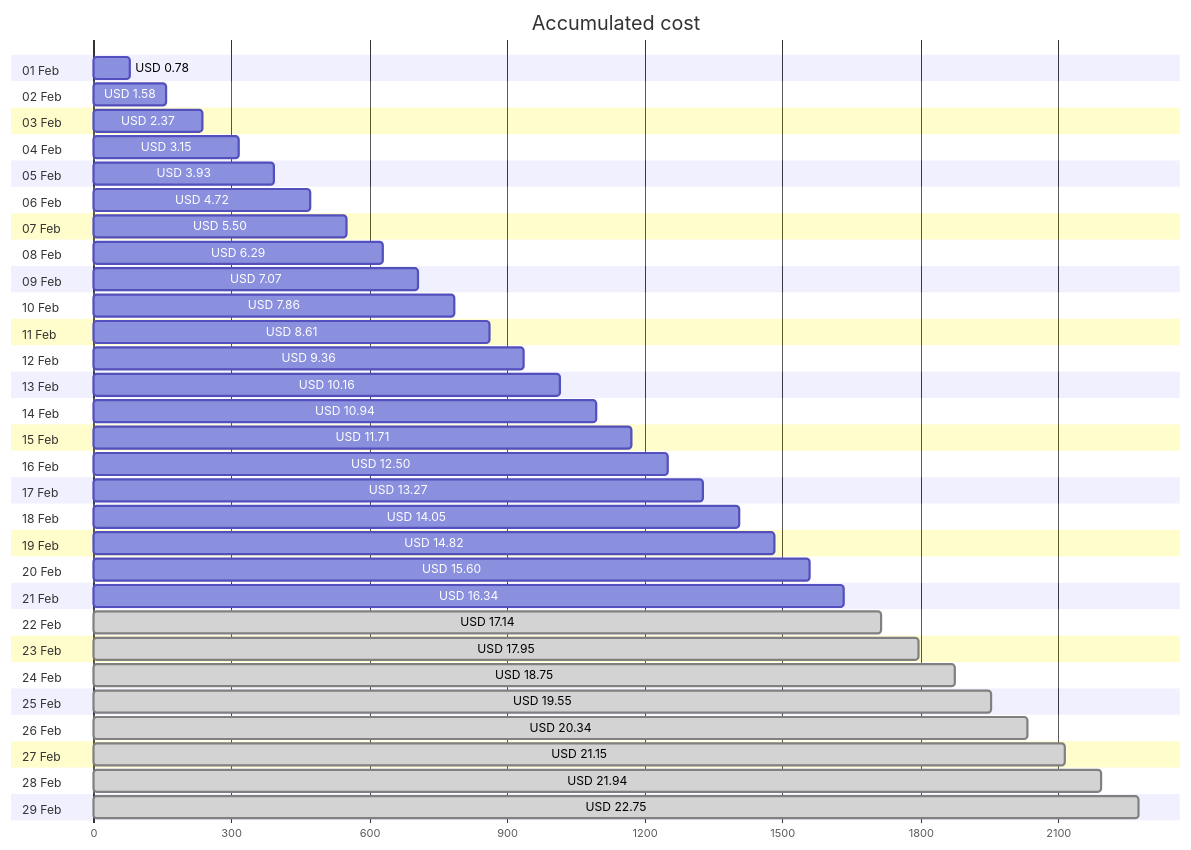
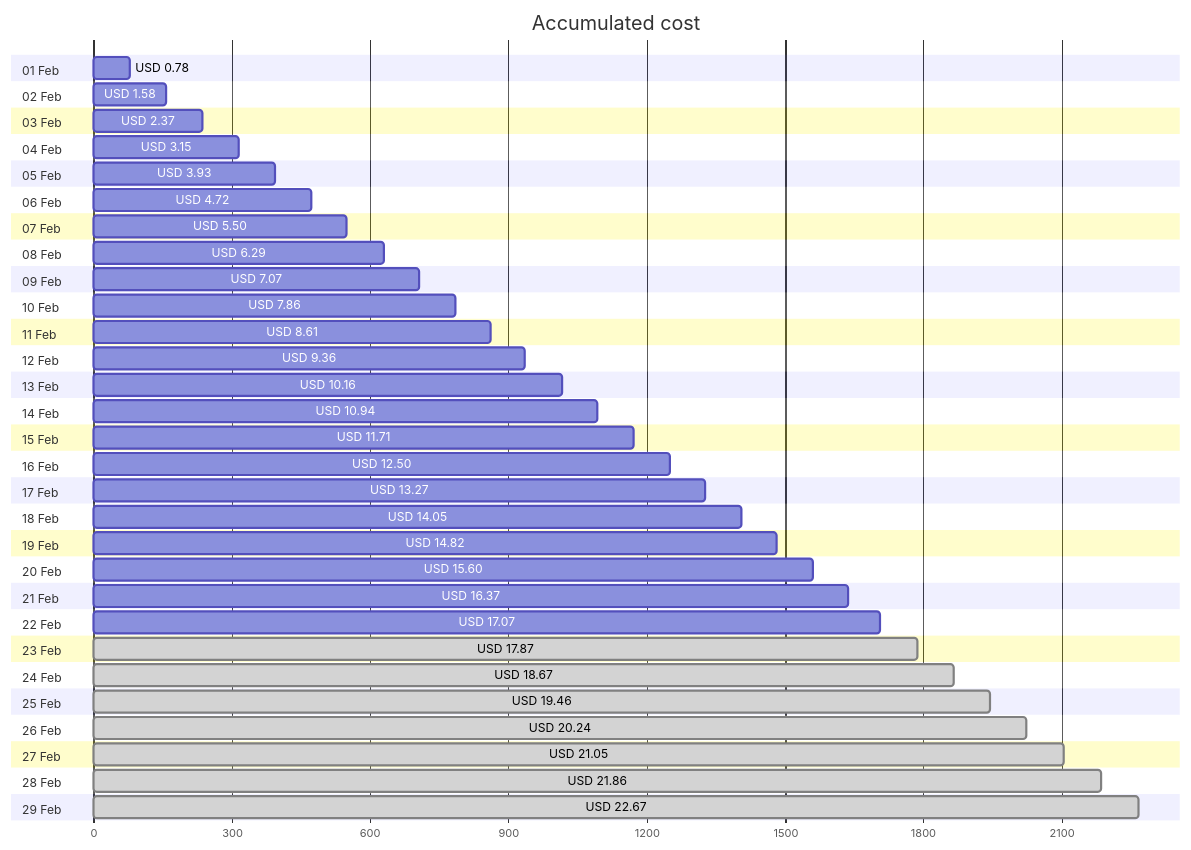
Before and after one commit to jpfulton/azure-personal-reports: the first of 4 diagrams in cost-reports/personal-network/backup-server-data-disk.md, drawn with Mermaid. The commit also changed other lines of this file and 8 other files, not shown here.

````diff
--- a/cost-reports/personal-network/backup-server-data-disk.md
+++ b/cost-reports/personal-network/backup-server-data-disk.md
@@ -20,64 +20,64 @@
 ```mermaid
 gantt
    title Accumulated cost
    dateFormat  X
    axisFormat %s
    section 01 Feb
    USD 0.78 :0, 78
    section 02 Feb
    USD 1.58 :0, 158
    section 03 Feb
    USD 2.37 :0, 237
    section 04 Feb
    USD 3.15 :0, 315
    section 05 Feb
    USD 3.93 :0, 393
    section 06 Feb
    USD 4.72 :0, 472
    section 07 Feb
    USD 5.50 :0, 550
    section 08 Feb
    USD 6.29 :0, 629
    section 09 Feb
    USD 7.07 :0, 707
    section 10 Feb
    USD 7.86 :0, 786
    section 11 Feb
    USD 8.61 :0, 861
    section 12 Feb
    USD 9.36 :0, 936
    section 13 Feb
    USD 10.16 :0, 1016
    section 14 Feb
    USD 10.94 :0, 1094
    section 15 Feb
    USD 11.71 :0, 1171
    section 16 Feb
    USD 12.50 :0, 1250
    section 17 Feb
    USD 13.27 :0, 1327
    section 18 Feb
    USD 14.05 :0, 1405
    section 19 Feb
    USD 14.82 :0, 1482
    section 20 Feb
    USD 15.60 :0, 1560
    section 21 Feb
-   USD 16.34 :0, 1634
+   USD 16.37 :0, 1637
    section 22 Feb
-   USD 17.14 : done, 0, 1714
+   USD 17.07 :0, 1707
    section 23 Feb
-   USD 17.95 : done, 0, 1795
+   USD 17.87 : done, 0, 1787
    section 24 Feb
-   USD 18.75 : done, 0, 1875
+   USD 18.67 : done, 0, 1867
    section 25 Feb
-   USD 19.55 : done, 0, 1955
+   USD 19.46 : done, 0, 1946
    section 26 Feb
-   USD 20.34 : done, 0, 2034
+   USD 20.24 : done, 0, 2024
    section 27 Feb
-   USD 21.15 : done, 0, 2115
+   USD 21.05 : done, 0, 2105
    section 28 Feb
-   USD 21.94 : done, 0, 2194
+   USD 21.86 : done, 0, 2186
    section 29 Feb
-   USD 22.75 : done, 0, 2275
+   USD 22.67 : done, 0, 2267
 ```
````
